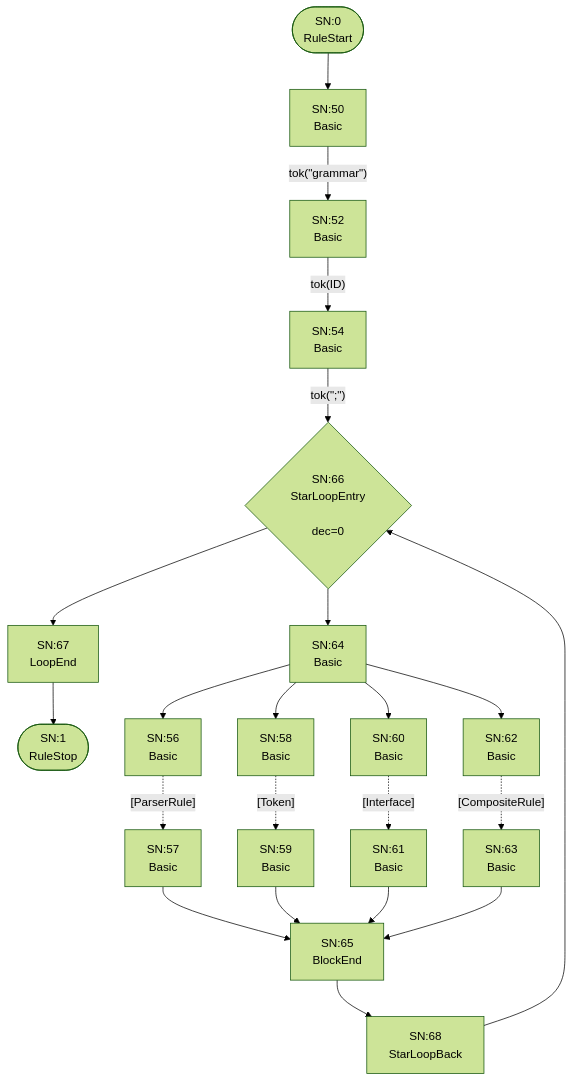
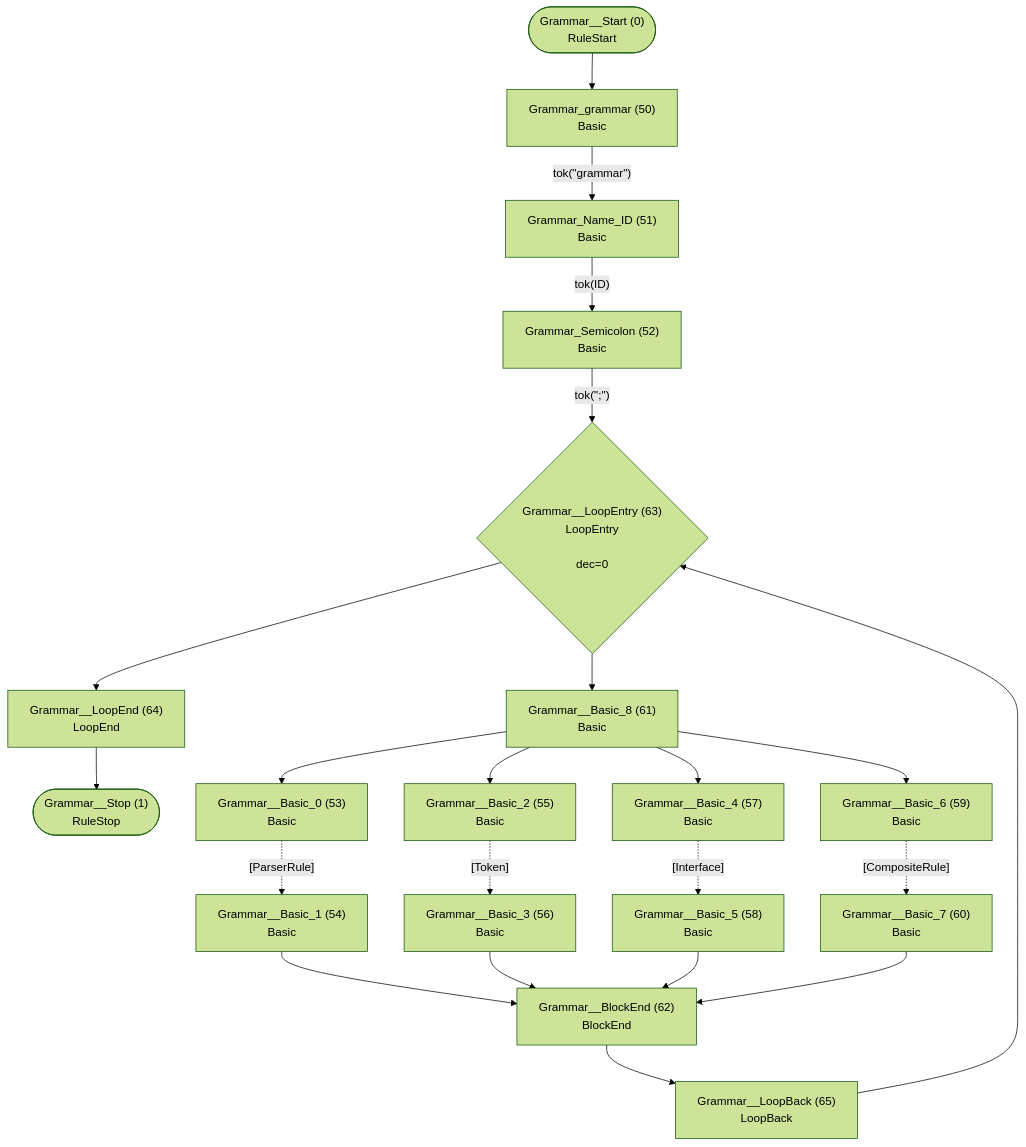
Before and after one commit to TypeFox/fastbelt: the first of 25 diagrams in internal/grammar/atn.md, drawn with Mermaid (forest theme). The commit also changed other lines of this file and 26 other files, not shown here.

````diff
--- a/internal/grammar/atn.md
+++ b/internal/grammar/atn.md
@@ -5,43 +5,43 @@
 ```mermaid
 flowchart TD
-    q0(["SN:0<br/>RuleStart"])
-    q1(["SN:1<br/>RuleStop"])
-    q50["SN:50<br/>Basic<br/>"]
-    q51["SN:52<br/>Basic<br/>"]
-    q52["SN:54<br/>Basic<br/>"]
-    q53["SN:56<br/>Basic<br/>"]
-    q54["SN:57<br/>Basic<br/>"]
-    q55["SN:58<br/>Basic<br/>"]
-    q56["SN:59<br/>Basic<br/>"]
-    q57["SN:60<br/>Basic<br/>"]
-    q58["SN:61<br/>Basic<br/>"]
-    q59["SN:62<br/>Basic<br/>"]
-    q60["SN:63<br/>Basic<br/>"]
-    q61["SN:64<br/>Basic<br/>"]
-    q62["SN:65<br/>BlockEnd<br/>"]
-    q63{"SN:66<br/>StarLoopEntry<br/><br/>dec=0"}
-    q64["SN:67<br/>LoopEnd<br/>"]
-    q65["SN:68<br/>StarLoopBack<br/>"]
+    q0(["Grammar__Start (0)<br/>RuleStart"])
+    q1(["Grammar__Stop (1)<br/>RuleStop"])
+    q50["Grammar_grammar (50)<br/>Basic<br/>"]
+    q51["Grammar_Name_ID (51)<br/>Basic<br/>"]
+    q52["Grammar_Semicolon (52)<br/>Basic<br/>"]
+    q53["Grammar__Basic_0 (53)<br/>Basic<br/>"]
+    q54["Grammar__Basic_1 (54)<br/>Basic<br/>"]
+    q55["Grammar__Basic_2 (55)<br/>Basic<br/>"]
+    q56["Grammar__Basic_3 (56)<br/>Basic<br/>"]
+    q57["Grammar__Basic_4 (57)<br/>Basic<br/>"]
+    q58["Grammar__Basic_5 (58)<br/>Basic<br/>"]
+    q59["Grammar__Basic_6 (59)<br/>Basic<br/>"]
+    q60["Grammar__Basic_7 (60)<br/>Basic<br/>"]
+    q61["Grammar__Basic_8 (61)<br/>Basic<br/>"]
+    q62["Grammar__BlockEnd (62)<br/>BlockEnd<br/>"]
+    q63{"Grammar__LoopEntry (63)<br/>LoopEntry<br/><br/>dec=0"}
+    q64["Grammar__LoopEnd (64)<br/>LoopEnd<br/>"]
+    q65["Grammar__LoopBack (65)<br/>LoopBack<br/>"]
 
     q0 --> q50
     q50 -->|"tok(&quot;grammar&quot;)"| q51
     q51 -->|"tok(ID)"| q52
     q52 -->|"tok(&quot;;&quot;)"| q63
     q53 -.->|"[ParserRule]"| q54
     q54 --> q62
     q55 -.->|"[Token]"| q56
     q56 --> q62
     q57 -.->|"[Interface]"| q58
     q58 --> q62
     q59 -.->|"[CompositeRule]"| q60
     q60 --> q62
     q61 --> q53
     q61 --> q55
     q61 --> q57
     q61 --> q59
     q62 --> q65
     q63 --> q61
     q63 --> q64
     q64 --> q1
     q65 --> q63
 ```
````
